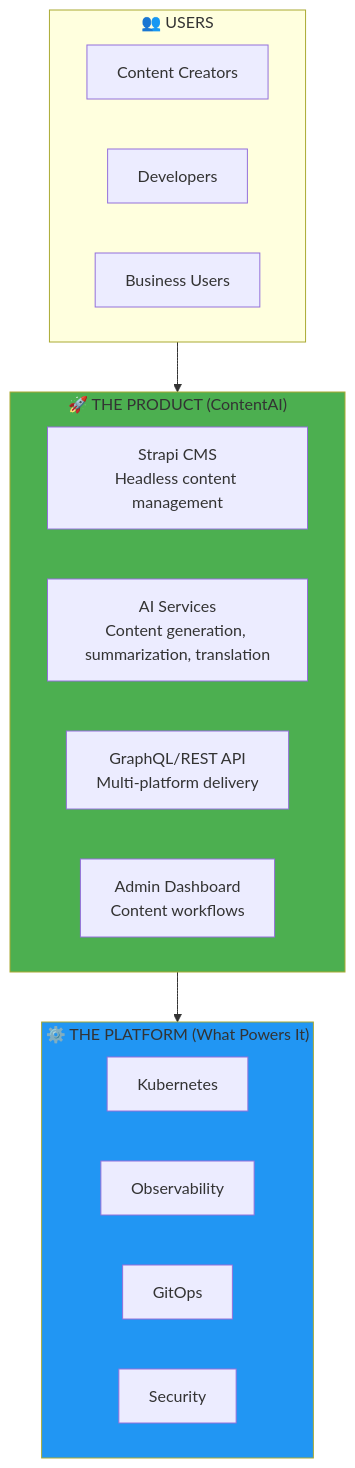
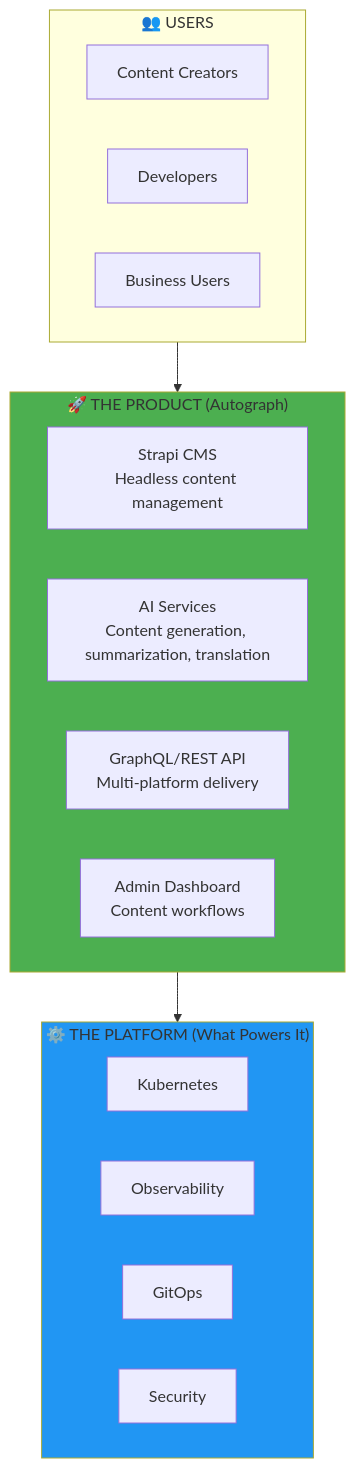
One commit to PearlThoughtsInternship/Internship-Obsidian-Vault changed the first of 7 diagrams in DevOps/01-Product/01-Vision.md. Above: the diagram before and after it, drawn with Mermaid. The commit also changed other lines of this file and 1 other file, not shown here.

First line of the commit message:
rebrand: Product Vision + Security with Autograph context

````diff
--- a/DevOps/01-Product/01-Vision.md
+++ b/DevOps/01-Product/01-Vision.md
@@ -12,28 +12,28 @@
 ```mermaid
 flowchart TB
-    subgraph Product["🚀 THE PRODUCT (ContentAI)"]
+    subgraph Product["🚀 THE PRODUCT (Autograph)"]
         CMS["Strapi CMS<br/>Headless content management"]
         AI["AI Services<br/>Content generation, summarization, translation"]
         API["GraphQL/REST API<br/>Multi-platform delivery"]
         Admin["Admin Dashboard<br/>Content workflows"]
     end
 
     subgraph Users["👥 USERS"]
         Creators["Content Creators"]
         Devs["Developers"]
         Business["Business Users"]
     end
 
     subgraph Infra["⚙️ THE PLATFORM (What Powers It)"]
         K8s["Kubernetes"]
         Obs["Observability"]
         GitOps["GitOps"]
         Security["Security"]
     end
 
     Users --> Product
     Product --> Infra
 
     style Product fill:#4CAF50
     style Infra fill:#2196F3
 ```
````
